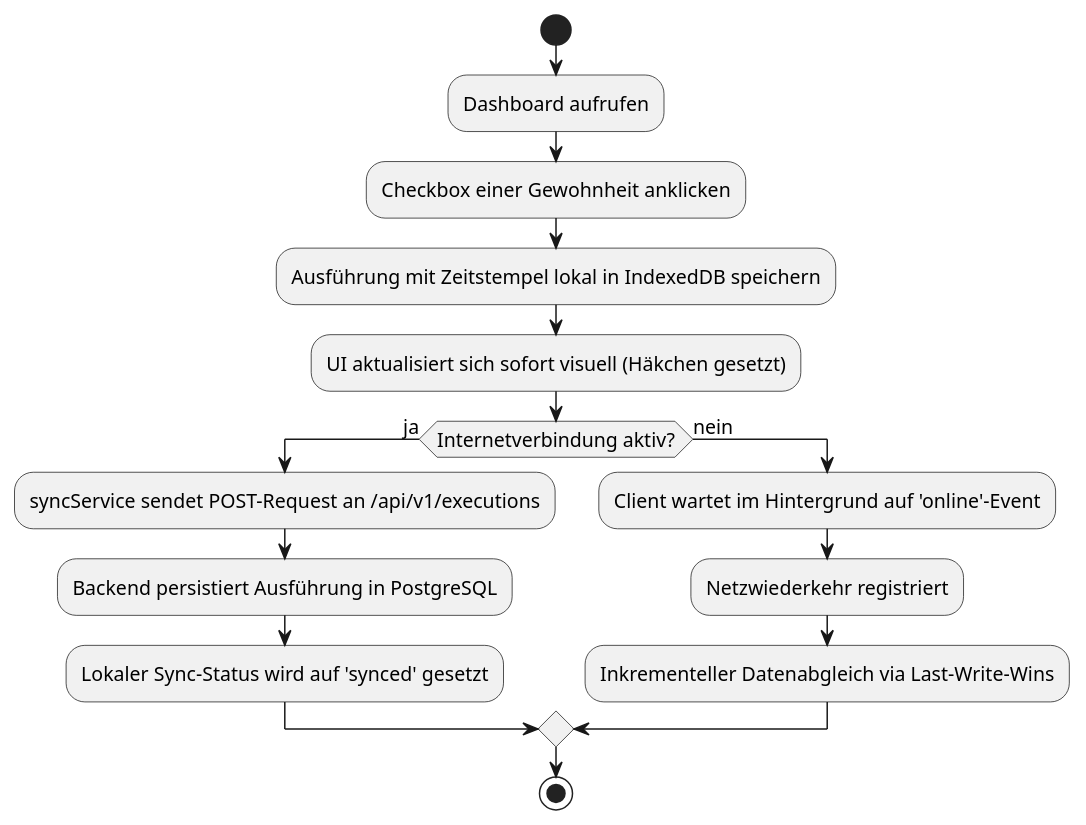
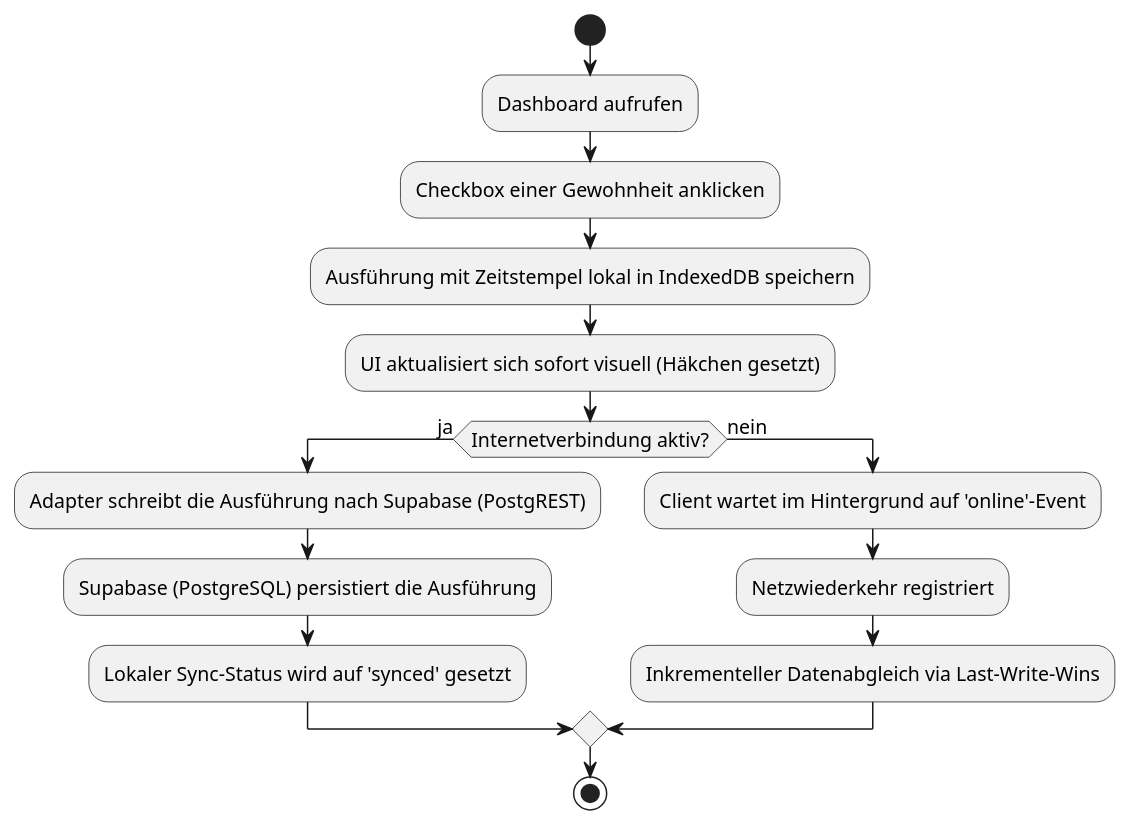
The first of 2 diagrams in docs/product/ux_concept.adoc (stttxxnn/se1-habittracker), drawn with PlantUML before and after one commit. The commit also changed other lines of this file, not shown here.

```diff
--- a/docs/product/ux_concept.adoc
+++ b/docs/product/ux_concept.adoc
@@ -199,24 +199,24 @@
 [plantuml, sync-flow, svg]
 ....
 @startuml
 skinparam monochrome true
 skinparam defaultFontSize 13
 
 start
 :Dashboard aufrufen;
 :Checkbox einer Gewohnheit anklicken;
 :Ausführung mit Zeitstempel lokal in IndexedDB speichern;
 :UI aktualisiert sich sofort visuell (Häkchen gesetzt);
 
 if (Internetverbindung aktiv?) then (ja)
-  :syncService sendet POST-Request an /api/v1/executions;
-  :Backend persistiert Ausführung in PostgreSQL;
+  :Adapter schreibt die Ausführung nach Supabase (PostgREST);
+  :Supabase (PostgreSQL) persistiert die Ausführung;
   :Lokaler Sync-Status wird auf 'synced' gesetzt;
 else (nein)
   :Client wartet im Hintergrund auf 'online'-Event;
   :Netzwiederkehr registriert;
   :Inkrementeller Datenabgleich via Last-Write-Wins;
 endif
 stop
 @enduml
 ....
```
